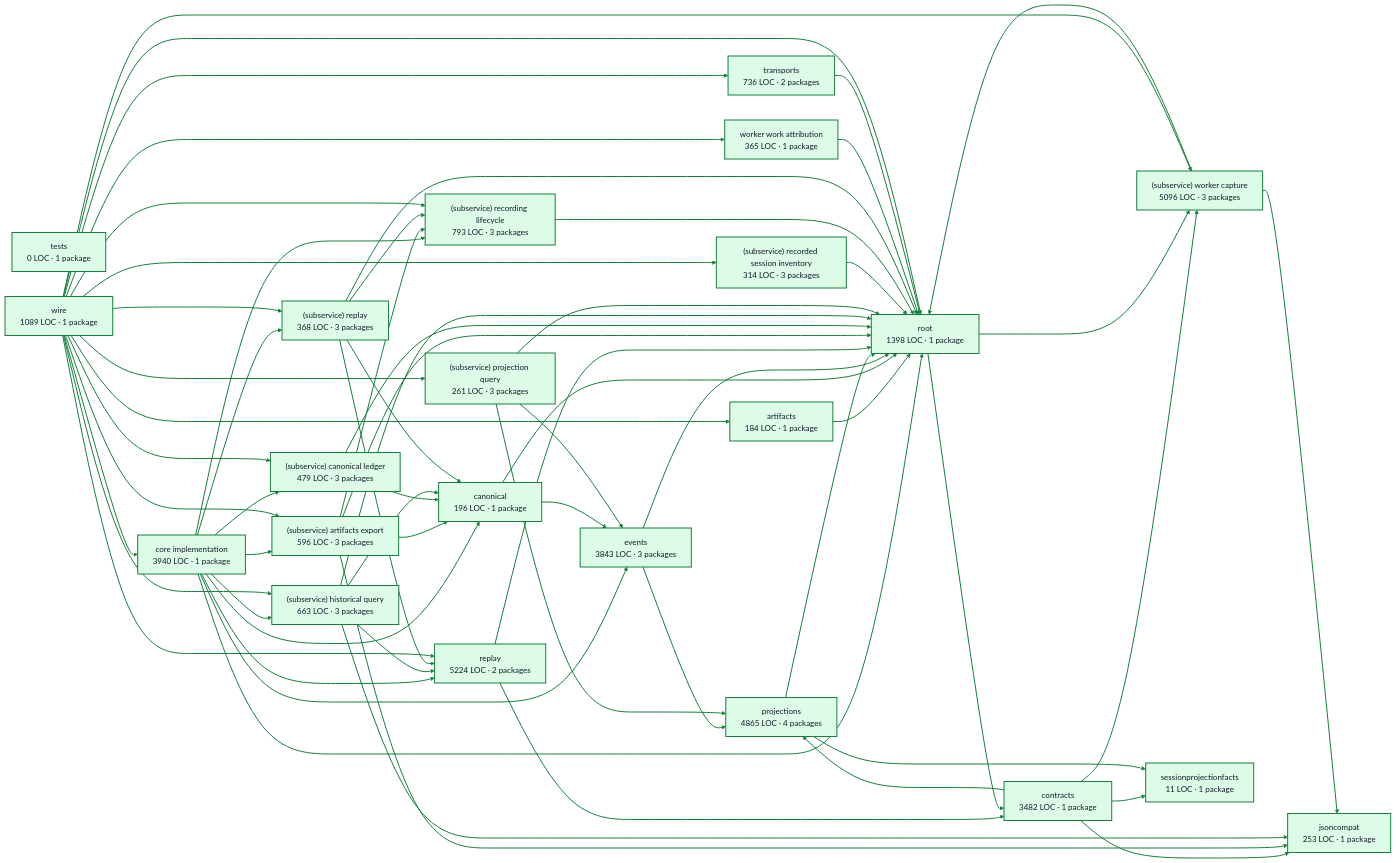
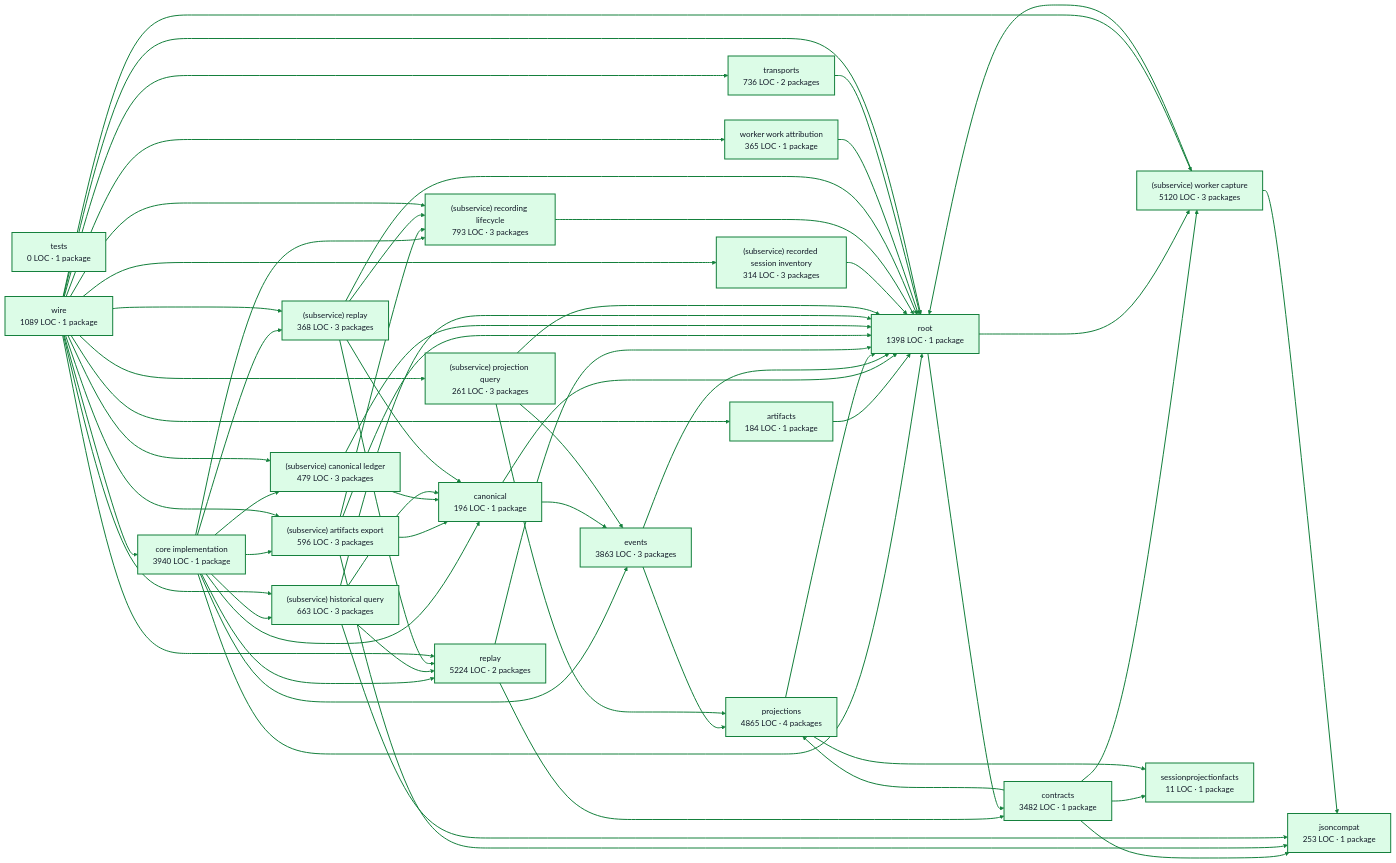
The diagram in docs/architecture/visualizations/services/recordings.md (portpowered/you-agent-factory), drawn with Mermaid (forest theme) before and after one commit. The commit also changed other lines of this file and 20 other files, not shown here.

Commit message:
docs: refresh backend architecture visualizations

```diff
--- a/docs/architecture/visualizations/services/recordings.md
+++ b/docs/architecture/visualizations/services/recordings.md
@@ -14,7 +14,7 @@
   p1["artifacts<br/>184 LOC · 1 package"]
   p2["canonical<br/>196 LOC · 1 package"]
   p3["contracts<br/>3482 LOC · 1 package"]
-  p4["events<br/>3843 LOC · 3 packages"]
+  p4["events<br/>3863 LOC · 3 packages"]
   p5["jsoncompat<br/>253 LOC · 1 package"]
   p6["projections<br/>4865 LOC · 4 packages"]
   p7["replay<br/>5224 LOC · 2 packages"]
@@ -25,7 +25,7 @@
   p12["(subservice) recorded session inventory<br/>314 LOC · 3 packages"]
   p13["(subservice) recording lifecycle<br/>793 LOC · 3 packages"]
   p14["(subservice) replay<br/>368 LOC · 3 packages"]
-  p15["(subservice) worker capture<br/>5096 LOC · 3 packages"]
+  p15["(subservice) worker capture<br/>5120 LOC · 3 packages"]
   p16["sessionprojectionfacts<br/>11 LOC · 1 package"]
   p17["tests<br/>0 LOC · 1 package"]
   p18["worker work attribution<br/>365 LOC · 1 package"]
```
